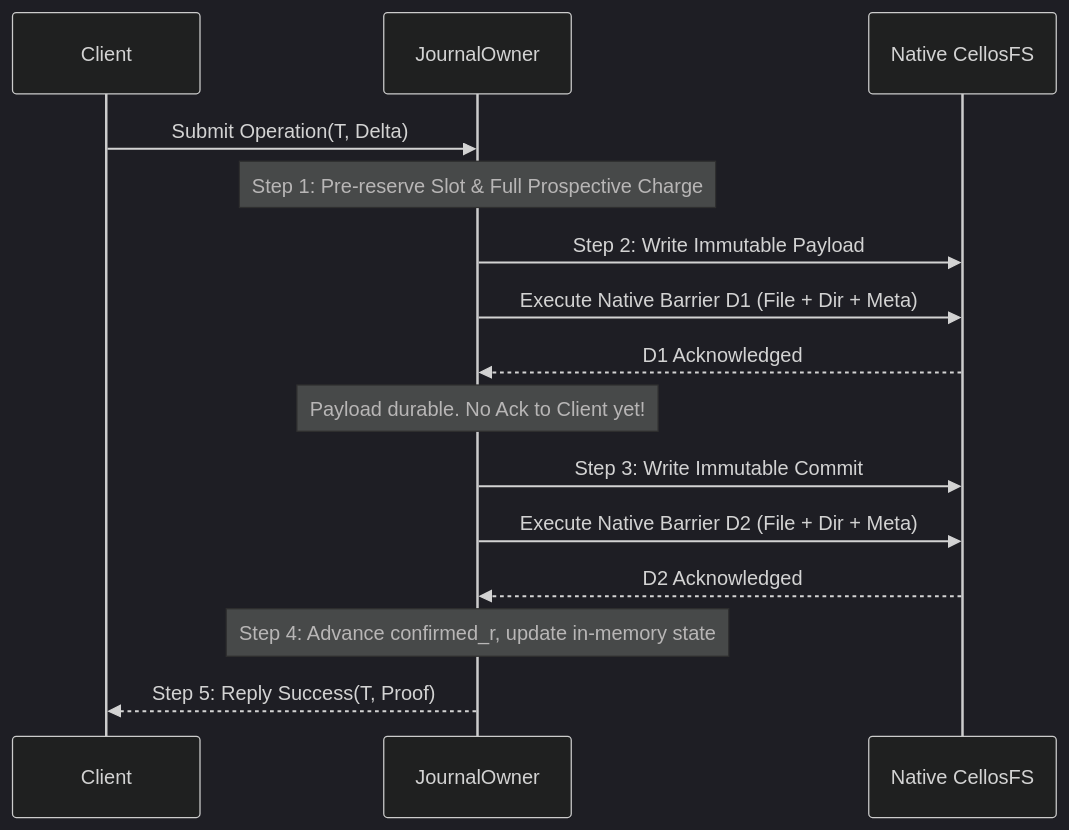
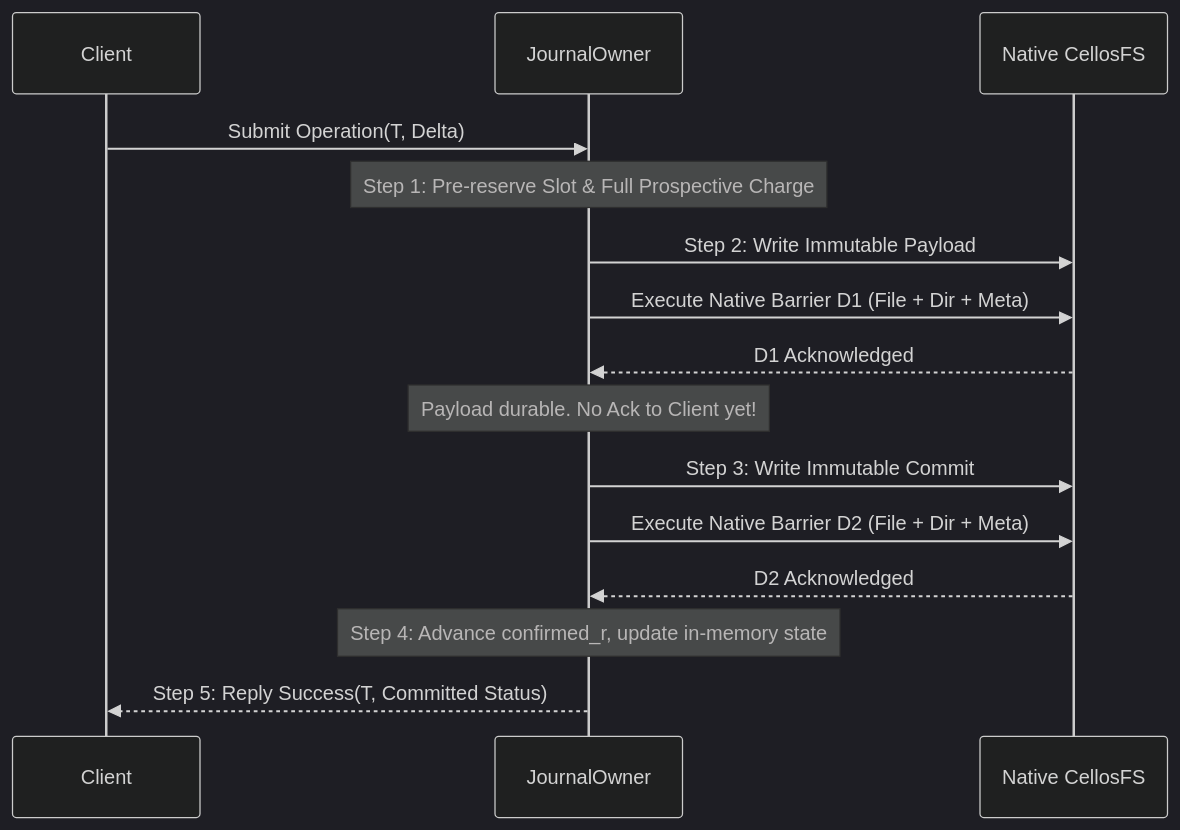
One commit to dxsl-org/cellos changed the diagram in .agents/261011-1200-cell-contract-authority/ogj1-codec-unknown-lifecycle-design.md. Above: the diagram before and after it, drawn with Mermaid (dark theme). The commit also changed other lines of this file and 71 other files, not shown here.

````diff
--- a/.agents/261011-1200-cell-contract-authority/ogj1-codec-unknown-lifecycle-design.md
+++ b/.agents/261011-1200-cell-contract-authority/ogj1-codec-unknown-lifecycle-design.md
@@ -179,18 +185,18 @@
 ```mermaid
 sequenceDiagram
     participant Client
     participant JournalOwner
     participant Storage as Native CellosFS
 
     Client->>JournalOwner: Submit Operation(T, Delta)
     Note over JournalOwner: Step 1: Pre-reserve Slot & Full Prospective Charge
     JournalOwner->>Storage: Step 2: Write Immutable Payload
     JournalOwner->>Storage: Execute Native Barrier D1 (File + Dir + Meta)
     Storage-->>JournalOwner: D1 Acknowledged
     Note over JournalOwner: Payload durable. No Ack to Client yet!
     JournalOwner->>Storage: Step 3: Write Immutable Commit
     JournalOwner->>Storage: Execute Native Barrier D2 (File + Dir + Meta)
     Storage-->>JournalOwner: D2 Acknowledged
     Note over JournalOwner: Step 4: Advance confirmed_r, update in-memory state
-    JournalOwner-->>Client: Step 5: Reply Success(T, Proof)
+    JournalOwner-->>Client: Step 5: Reply Success(T, Committed Status)
 ```
````
